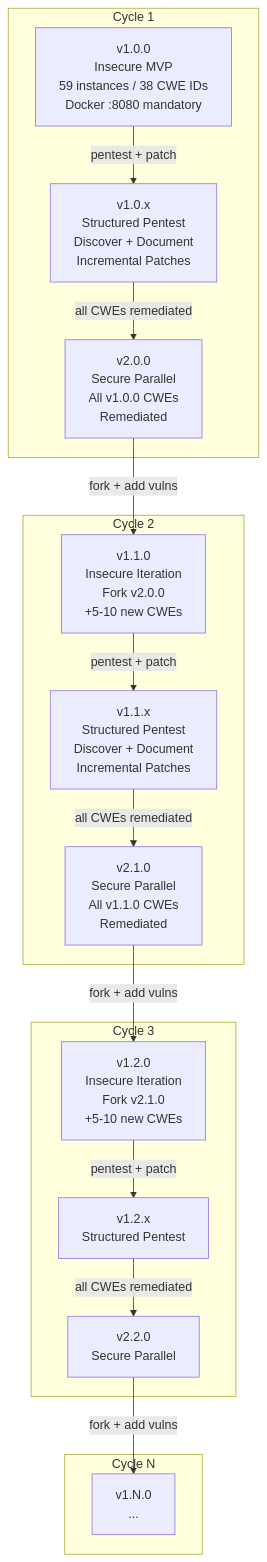
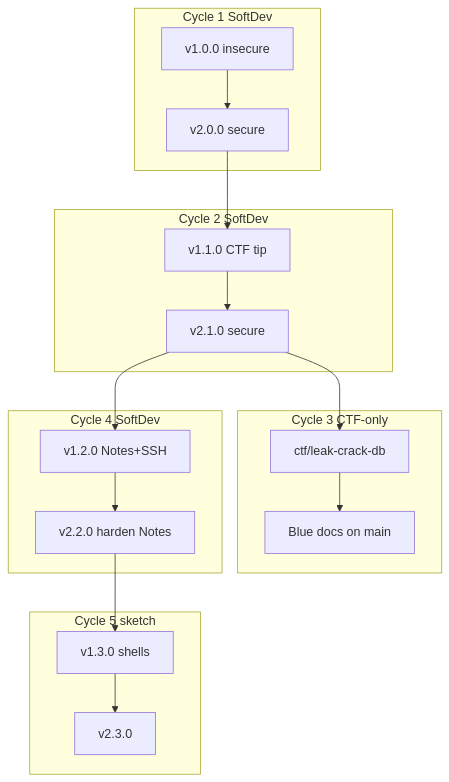
One commit to KLJr-Dev/KC-Project changed the second of 2 diagrams in docs/diagrams/version-timeline.md. Above: the diagram before and after it, drawn with Mermaid. The commit also changed other lines of this file and 34 other files, not shown here.

First line of the commit message:
docs: align architecture and roadmap with SoftDev v1.2.0 tip

````diff
--- a/docs/diagrams/version-timeline.md
+++ b/docs/diagrams/version-timeline.md
@@ -85,34 +90,27 @@
 ```mermaid
 flowchart TD
-  subgraph cycle1 ["Cycle 1"]
-    v100["v1.0.0\nInsecure MVP\n59 instances / 38 CWE IDs\nDocker :8080 mandatory"]
-    v10x["v1.0.x\nStructured Pentest\nDiscover + Document\nIncremental Patches"]
-    v200["v2.0.0\nSecure Parallel\nAll v1.0.0 CWEs\nRemediated"]
+  subgraph c1 [Cycle 1 SoftDev]
+    v100[v1.0.0 insecure]
+    v200[v2.0.0 secure]
+  end
+  subgraph c2 [Cycle 2 SoftDev]
+    v110[v1.1.0 CTF tip]
+    v210[v2.1.0 secure]
+  end
+  subgraph c3 [Cycle 3 CTF-only]
+    ctf3[ctf/leak-crack-db]
+    blue3[Blue docs on main]
+  end
+  subgraph c4 [Cycle 4 SoftDev]
+    v120[v1.2.0 Notes+SSH]
+    v220[v2.2.0 harden Notes]
+  end
+  subgraph c5 [Cycle 5 sketch]
+    v130[v1.3.0 shells]
+    v230[v2.3.0]
   end
 
-  subgraph cycle2 ["Cycle 2"]
-    v110["v1.1.0\nInsecure Iteration\nFork v2.0.0\n+5-10 new CWEs"]
-    v11x["v1.1.x\nStructured Pentest\nDiscover + Document\nIncremental Patches"]
-    v210["v2.1.0\nSecure Parallel\nAll v1.1.0 CWEs\nRemediated"]
-  end
-
-  subgraph cycle3 ["Cycle 3"]
-    v120["v1.2.0\nInsecure Iteration\nFork v2.1.0\n+5-10 new CWEs"]
-    v12x["v1.2.x\nStructured Pentest"]
-    v220["v2.2.0\nSecure Parallel"]
-  end
-
-  subgraph cycleN ["Cycle N"]
-    v1N0["v1.N.0\n..."]
-  end
-
-  v100 -->|"pentest + patch"| v10x
-  v10x -->|"all CWEs remediated"| v200
-  v200 -->|"fork + add vulns"| v110
-  v110 -->|"pentest + patch"| v11x
-  v11x -->|"all CWEs remediated"| v210
-  v210 -->|"fork + add vulns"| v120
-  v120 -->|"pentest + patch"| v12x
-  v12x -->|"all CWEs remediated"| v220
-  v220 -->|"fork + add vulns"| v1N0
+  v100 --> v200 --> v110 --> v210
+  v210 --> ctf3 --> blue3
+  v210 --> v120 --> v220 --> v130 --> v230
 ```
````
